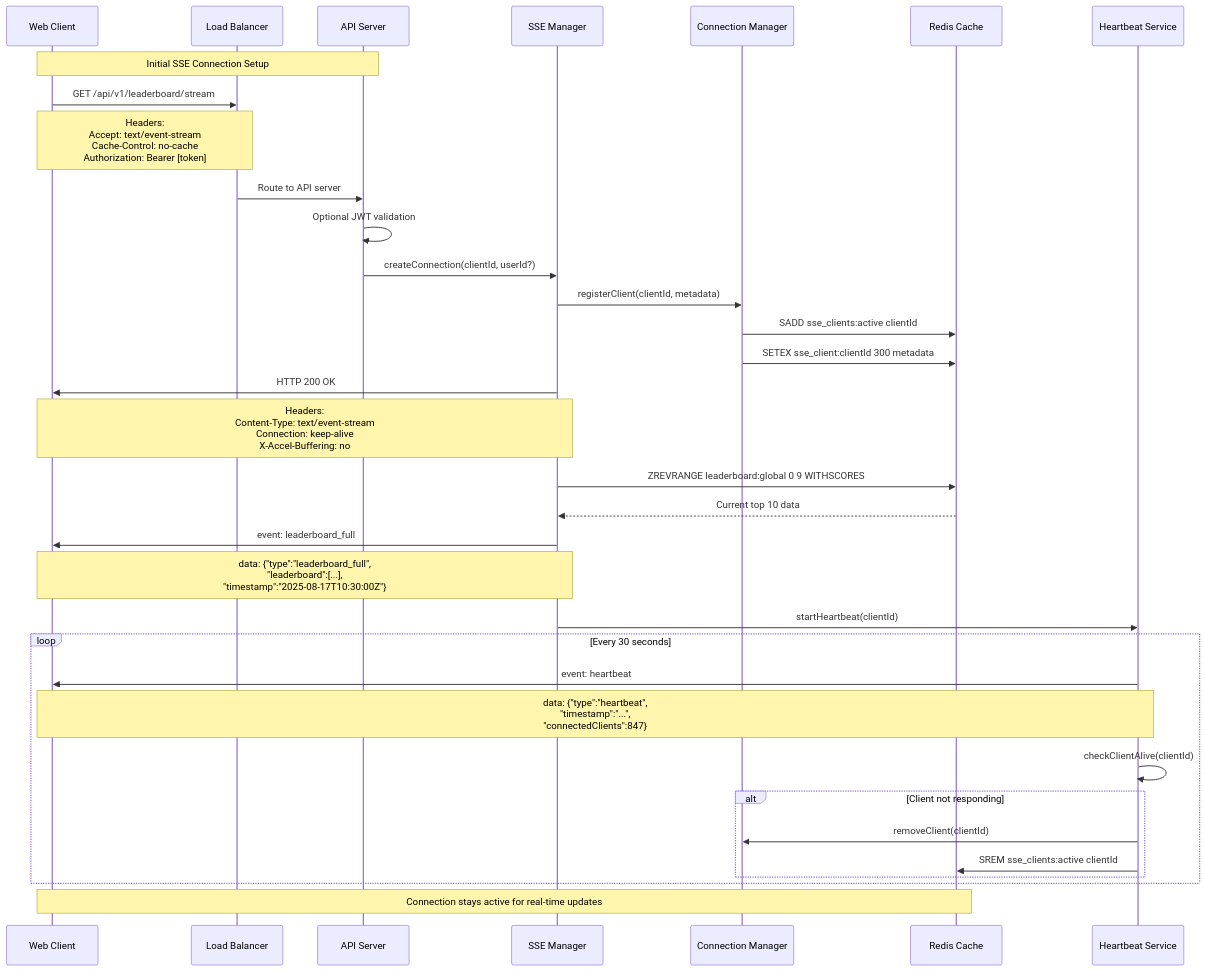
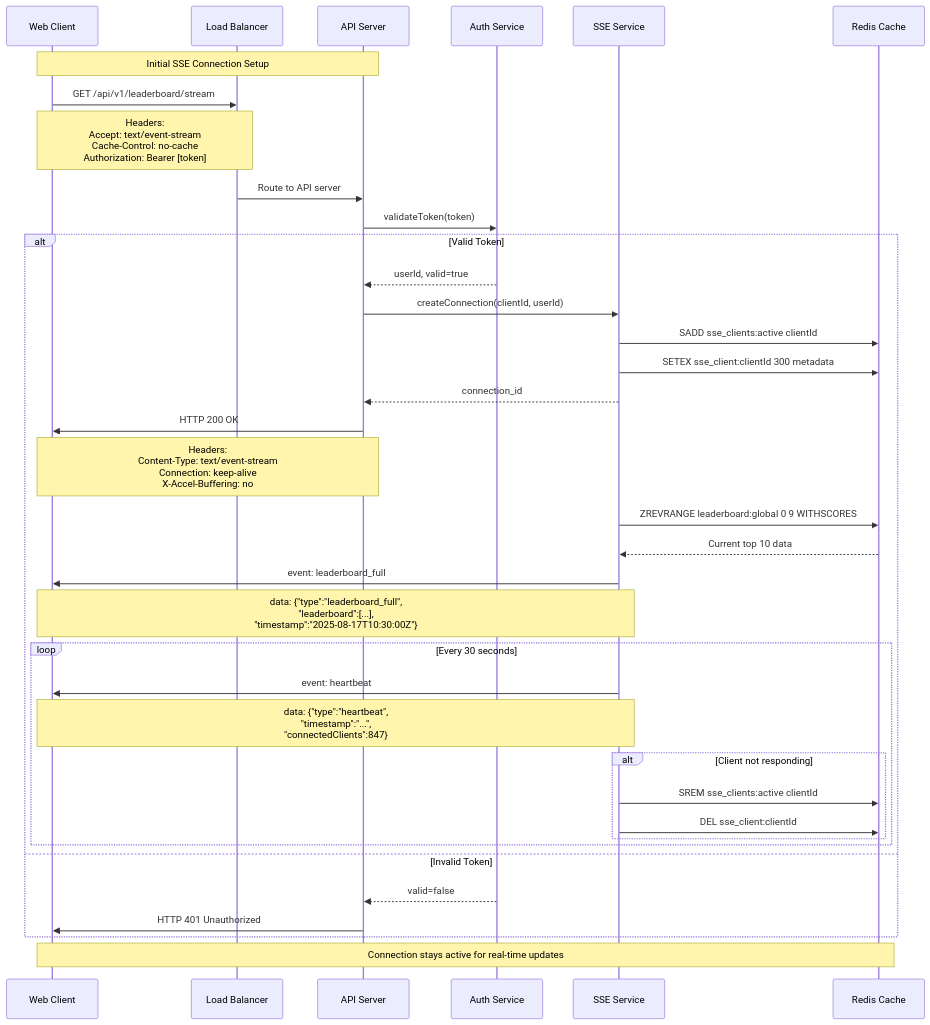
One commit to hhgiap241/99techteam-backend-challenge changed the third of 3 diagrams in src/problem6/README.md. Above: the diagram before and after it, drawn with Mermaid. The commit also changed other lines of this file, not shown here.

````diff
--- a/src/problem6/README.md
+++ b/src/problem6/README.md
@@ -374,48 +399,50 @@
 ```mermaid
 sequenceDiagram
     participant Client as Web Client
     participant LB as Load Balancer
     participant API as API Server
-    participant SSE as SSE Manager
-    participant CONN as Connection Manager
+    participant Auth as Auth Service
+    participant SSE as SSE Service
     participant Redis as Redis Cache
-    participant HB as Heartbeat Service
 
     Note over Client,API: Initial SSE Connection Setup
 
     Client->>LB: GET /api/v1/leaderboard/stream
     Note over Client,LB: Headers:<br/>Accept: text/event-stream<br/>Cache-Control: no-cache<br/>Authorization: Bearer [token]
 
     LB->>API: Route to API server
+    API->>Auth: validateToken(token)
 
-    API->>API: Optional JWT validation
-    API->>SSE: createConnection(clientId, userId?)
+    alt Valid Token
+        Auth-->>API: userId, valid=true
+        API->>SSE: createConnection(clientId, userId)
+        SSE->>Redis: SADD sse_clients:active clientId
+        SSE->>Redis: SETEX sse_client:clientId 300 metadata
 
-    SSE->>CONN: registerClient(clientId, metadata)
-    CONN->>Redis: SADD sse_clients:active clientId
-    CONN->>Redis: SETEX sse_client:clientId 300 metadata
+        SSE-->>API: connection_id
+        API->>Client: HTTP 200 OK
+        Note over API,Client: Headers:<br/>Content-Type: text/event-stream<br/>Connection: keep-alive<br/>X-Accel-Buffering: no
 
-    SSE->>Client: HTTP 200 OK
-    Note over SSE,Client: Headers:<br/>Content-Type: text/event-stream<br/>Connection: keep-alive<br/>X-Accel-Buffering: no
+        SSE->>Redis: ZREVRANGE leaderboard:global 0 9 WITHSCORES
+        Redis-->>SSE: Current top 10 data
 
-    SSE->>Redis: ZREVRANGE leaderboard:global 0 9 WITHSCORES
-    Redis-->>SSE: Current top 10 data
+        SSE->>Client: event: leaderboard_full
+        Note over SSE,Client: data: {"type":"leaderboard_full",<br/>"leaderboard":[...],<br/>"timestamp":"2025-08-17T10:30:00Z"}
 
-    SSE->>Client: event: leaderboard_full
-    Note over SSE,Client: data: {"type":"leaderboard_full",<br/>"leaderboard":[...],<br/>"timestamp":"2025-08-17T10:30:00Z"}
+        loop Every 30 seconds
+            SSE->>Client: event: heartbeat
+            Note over SSE,Client: data: {"type":"heartbeat",<br/>"timestamp":"...",<br/>"connectedClients":847}
 
-    SSE->>HB: startHeartbeat(clientId)
+            alt Client not responding
+                SSE->>Redis: SREM sse_clients:active clientId
+                SSE->>Redis: DEL sse_client:clientId
+            end
+        end
 
-    loop Every 30 seconds
-        HB->>Client: event: heartbeat
-        Note over HB,Client: data: {"type":"heartbeat",<br/>"timestamp":"...",<br/>"connectedClients":847}
-
-        HB->>HB: checkClientAlive(clientId)
-        alt Client not responding
-            HB->>CONN: removeClient(clientId)
-            HB->>Redis: SREM sse_clients:active clientId
-        end
+    else Invalid Token
+        Auth-->>API: valid=false
+        API->>Client: HTTP 401 Unauthorized
     end
 
     Note over Client,Redis: Connection stays active for real-time updates
 ```
````
